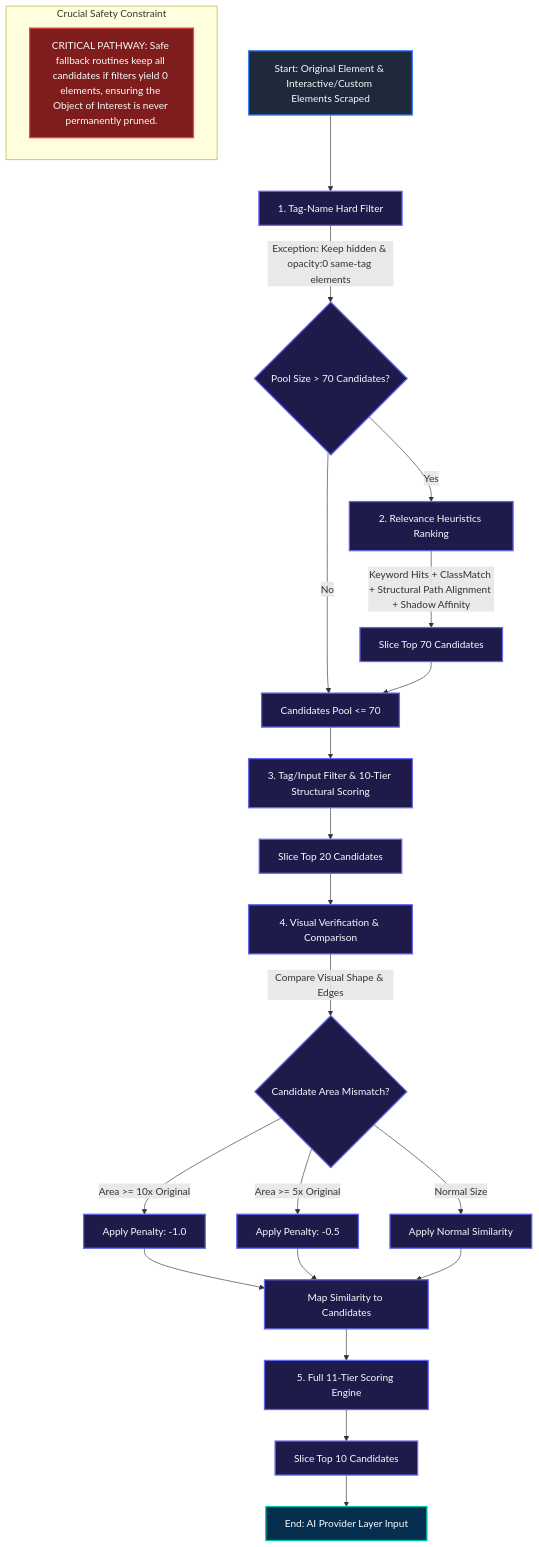
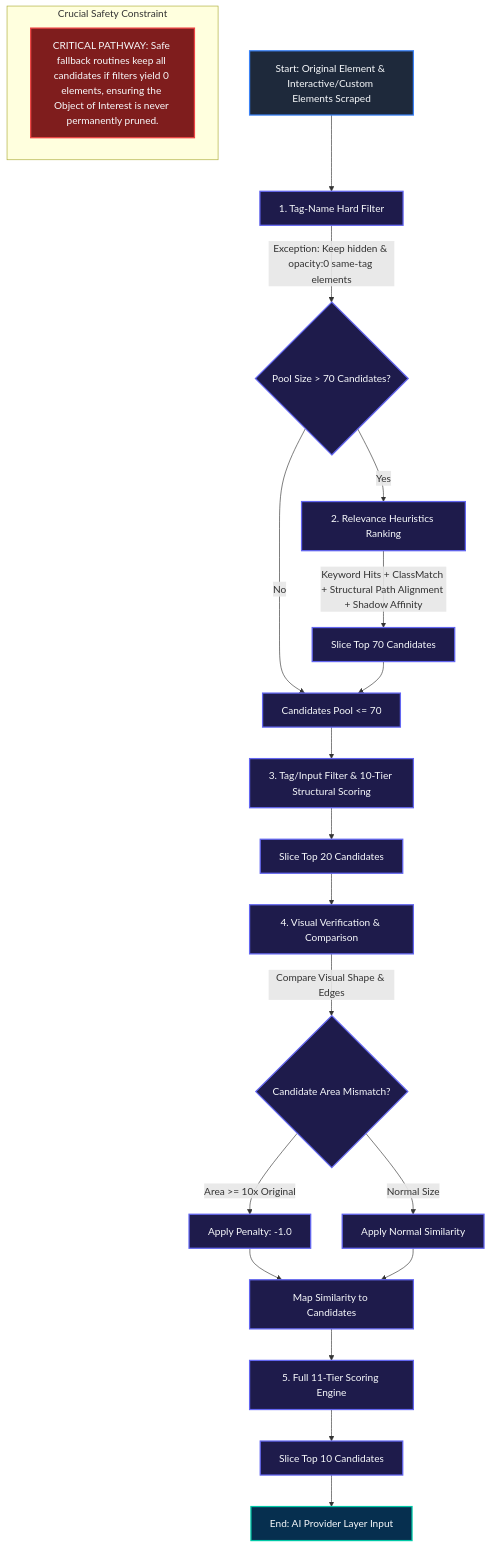
Before and after one commit to shambhoo-narwaria/reLOCATE.AI-Intelligent-Element-Recovery-Engine: the fifth of 6 diagrams in docs/project-architecture.md, drawn with Mermaid. The commit also changed other lines of this file, not shown here.

Commit message:
docs: remove 5x visual area penalty and detailed decision tree Highlight node references

````diff
--- a/docs/project-architecture.md
+++ b/docs/project-architecture.md
@@ -393,37 +392,35 @@
 ```mermaid
 flowchart TD
     %% Styling
     classDef input fill:#1e293b,stroke:#3b82f6,stroke-width:2px,color:#f8fafc;
     classDef stage fill:#1e1b4b,stroke:#6366f1,stroke-width:2px,color:#f8fafc;
     classDef crucial fill:#7f1d1d,stroke:#ef4444,stroke-width:2px,color:#f8fafc;
     classDef output fill:#062f4f,stroke:#00c9a7,stroke-width:2px,color:#f8fafc;
 
     A["Start: Original Element & Interactive/Custom Elements Scraped"]:::input --> B["1. Tag-Name Hard Filter"]:::stage
     B -->|Exception: Keep hidden & opacity:0 same-tag elements| C{"Pool Size > 70 Candidates?"}:::stage
     
     C -->|Yes| D["2. Relevance Heuristics Ranking"]:::stage
     D -->|Keyword Hits + ClassMatch + Structural Path Alignment + Shadow Affinity| E["Slice Top 70 Candidates"]:::stage
     C -->|No| F["Candidates Pool <= 70"]:::stage
     E --> F
     
     F --> G["3. Tag/Input Filter & 10-Tier Structural Scoring"]:::stage
     G --> H["Slice Top 20 Candidates"]:::stage
     
     H --> I["4. Visual Verification & Comparison"]:::stage
     I -->|Compare Visual Shape & Edges| J{"Candidate Area Mismatch?"}:::stage
     J -->|Area >= 10x Original| K["Apply Penalty: -1.0"]:::stage
-    J -->|Area >= 5x Original| L["Apply Penalty: -0.5"]:::stage
     J -->|Normal Size| M["Apply Normal Similarity"]:::stage
     
     K --> N["Map Similarity to Candidates"]:::stage
-    L --> N
     M --> N
     
     N --> O["5. Full 11-Tier Scoring Engine"]:::stage
     O --> P["Slice Top 10 Candidates"]:::stage
     P --> Q["End: AI Provider Layer Input"]:::output
 
     subgraph Crucial Safety Constraint
         R["CRITICAL PATHWAY: Safe fallback routines keep all candidates if filters yield 0 elements, ensuring the Object of Interest is never permanently pruned."]:::crucial
     end
 ```
````
